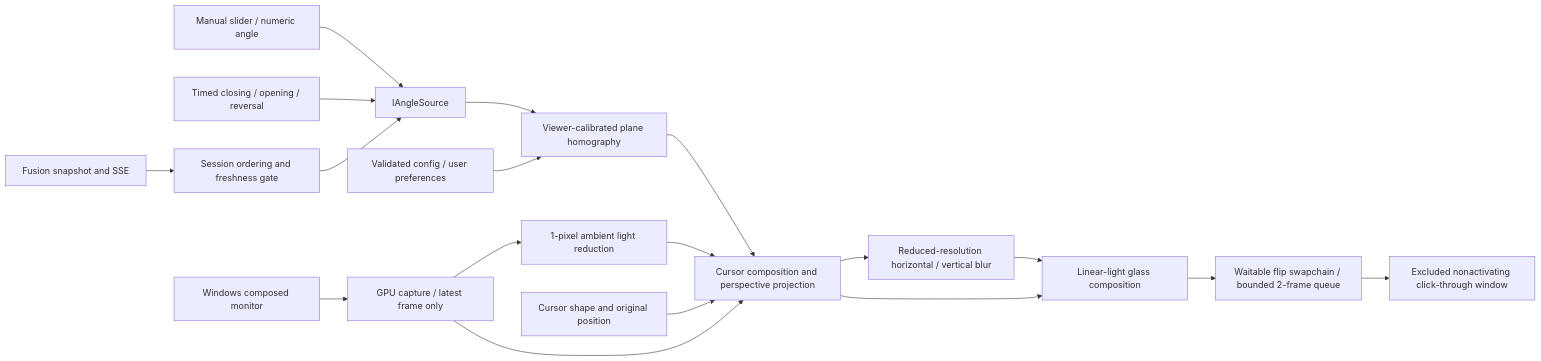
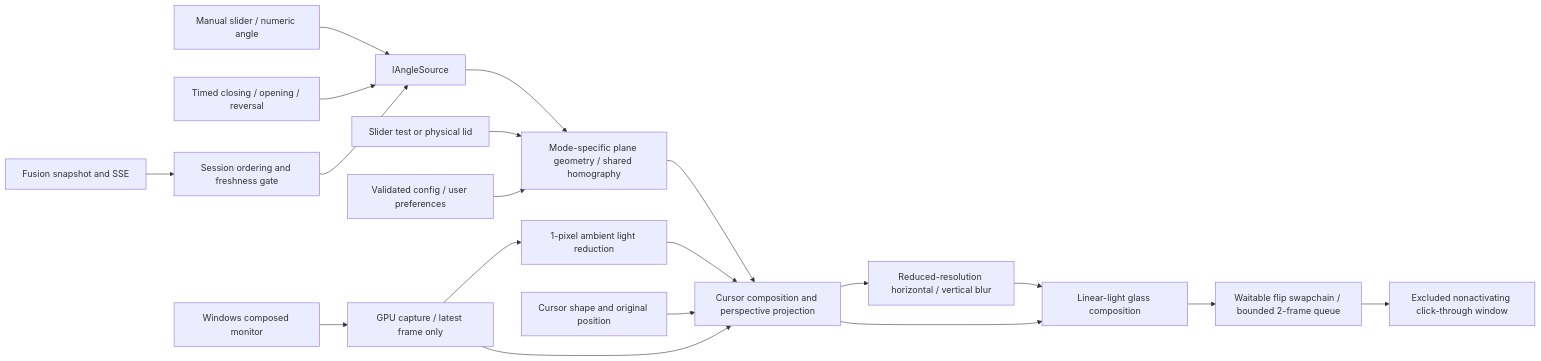
One commit to Comb1e/windows-turn changed the first of 5 diagrams in renderer/docs/architecture.md. Above: the diagram before and after it, drawn with Mermaid. The commit also changed other lines of this file and 15 other files, not shown here.

````diff
--- a/renderer/docs/architecture.md
+++ b/renderer/docs/architecture.md
@@ -5,20 +5,21 @@
 ```mermaid
 flowchart LR
   Manual[Manual slider / numeric angle] --> Source[IAngleSource]
   Sweep[Timed closing / opening / reversal] --> Source
   Fusion[Fusion snapshot and SSE] --> Gate[Session ordering and freshness gate]
   Gate --> Source
-  Source --> Geometry[Viewer-calibrated plane homography]
+  Source --> Geometry[Mode-specific plane geometry / shared homography]
+  Mode[Slider test or physical lid] --> Geometry
   Settings[Validated config / user preferences] --> Geometry
   Desktop[Windows composed monitor] --> WGC[GPU capture / latest frame only]
   WGC --> Light[1-pixel ambient light reduction]
   WGC --> Warp[Cursor composition and perspective projection]
   Cursor[Cursor shape and original position] --> Warp
   Geometry --> Warp
   Light --> Warp
   Warp --> Blur[Reduced-resolution horizontal / vertical blur]
   Blur --> Compose[Linear-light glass composition]
   Warp --> Compose
   Compose --> Present[Waitable flip swapchain / bounded 2-frame queue]
   Present --> Overlay[Excluded nonactivating click-through window]
 ```
````
